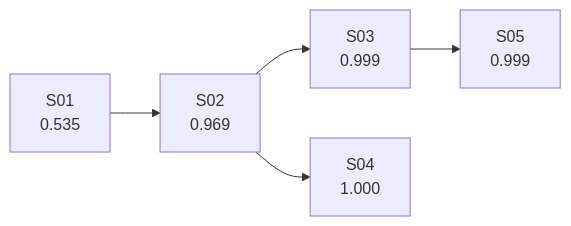
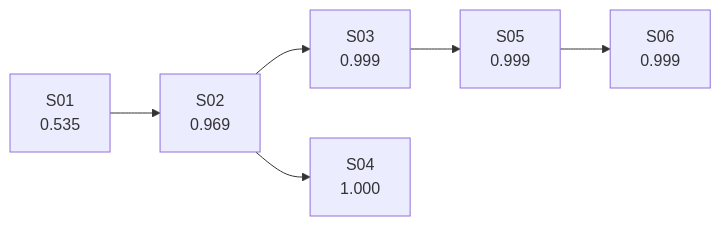
One commit to polinamiroshnichenko/masking-arena changed the diagram in results/evolution/mask/report.md. Above: the diagram before and after it, drawn with Mermaid. The commit also changed other lines of this file and 19 other files, not shown here.

````diff
--- a/results/evolution/mask/report.md
+++ b/results/evolution/mask/report.md
@@ -9,12 +9,14 @@
 ```mermaid
 graph LR
   S01["S01<br/>0.535"]
   S02["S02<br/>0.969"]
   S01 --> S02
   S03["S03<br/>0.999"]
   S02 --> S03
   S04["S04<br/>1.000"]
   S02 --> S04
   S05["S05<br/>0.999"]
   S03 --> S05
+  S06["S06<br/>0.999"]
+  S05 --> S06
 ```
````
